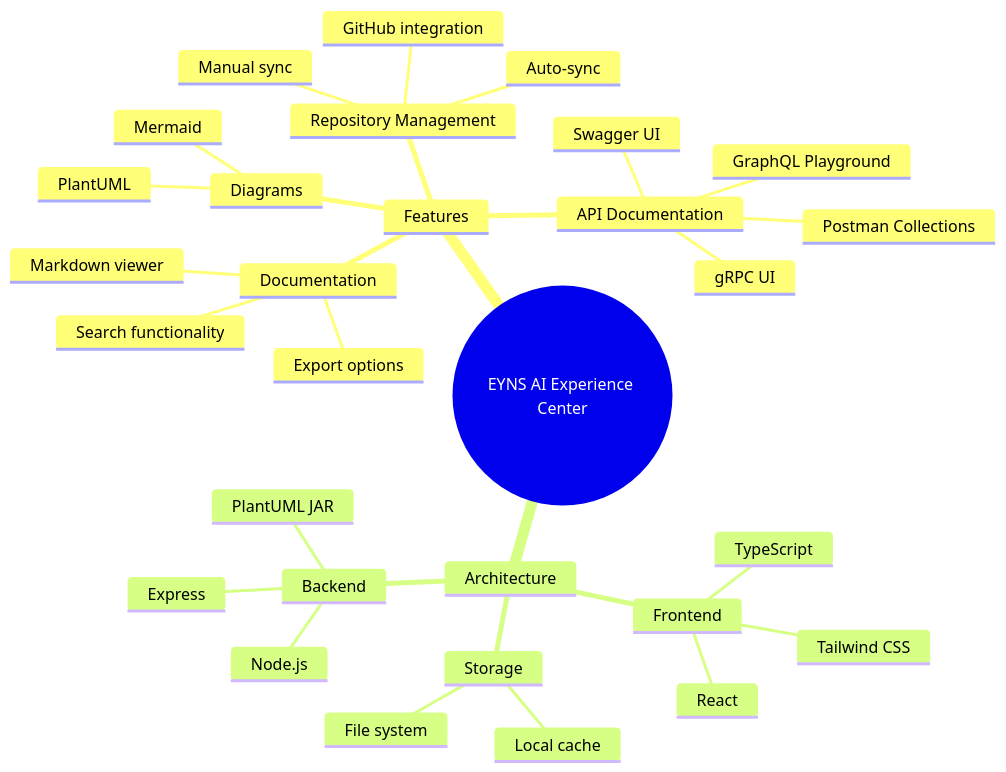
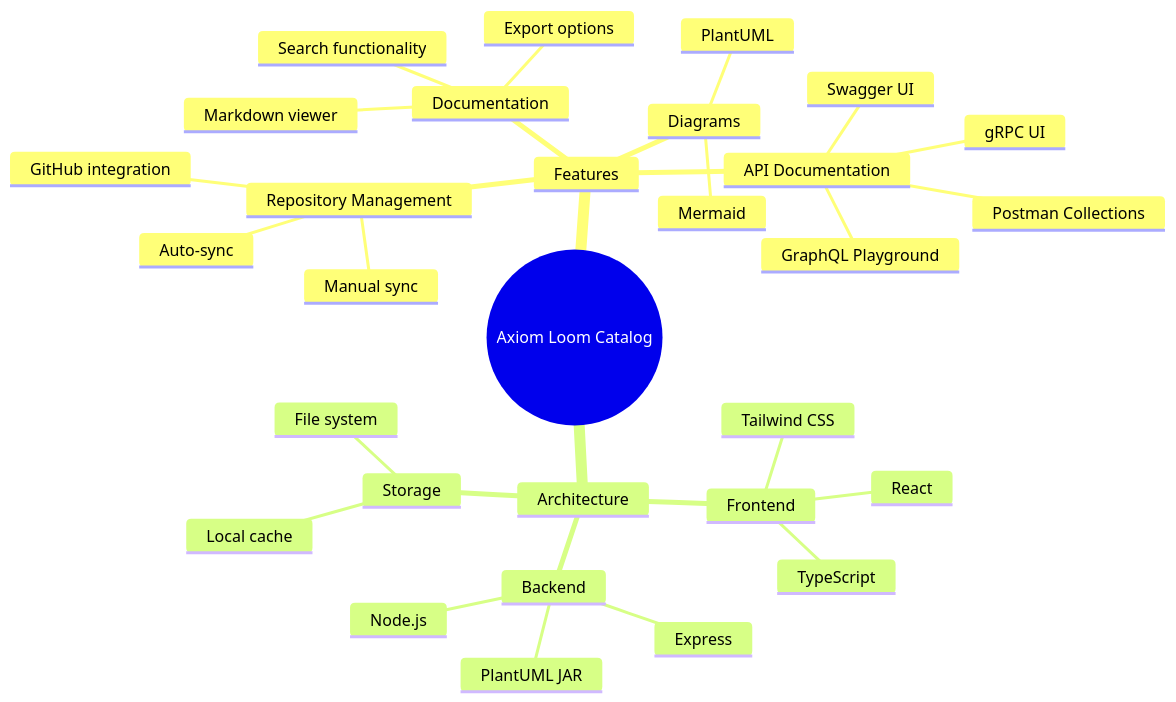
One commit to jamesenki/Axiom-Loom-Catalog changed the ninth of 10 diagrams in docs/MERMAID_EXAMPLES.md. Above: the diagram before and after it, drawn with Mermaid. The commit also changed other lines of this file and 88 other files, not shown here.

````diff
--- a/docs/MERMAID_EXAMPLES.md
+++ b/docs/MERMAID_EXAMPLES.md
@@ -182,33 +182,33 @@
 ```mermaid
 mindmap
-  root((EYNS AI Experience Center))
+  root((Axiom Loom Catalog))
     Features
       Repository Management
         Auto-sync
         Manual sync
         GitHub integration
       Documentation
         Markdown viewer
         Search functionality
         Export options
       API Documentation
         Swagger UI
         GraphQL Playground
         gRPC UI
         Postman Collections
       Diagrams
         PlantUML
         Mermaid
     Architecture
       Frontend
         React
         TypeScript
         Tailwind CSS
       Backend
         Node.js
         Express
         PlantUML JAR
       Storage
         Local cache
         File system
 ```
````
